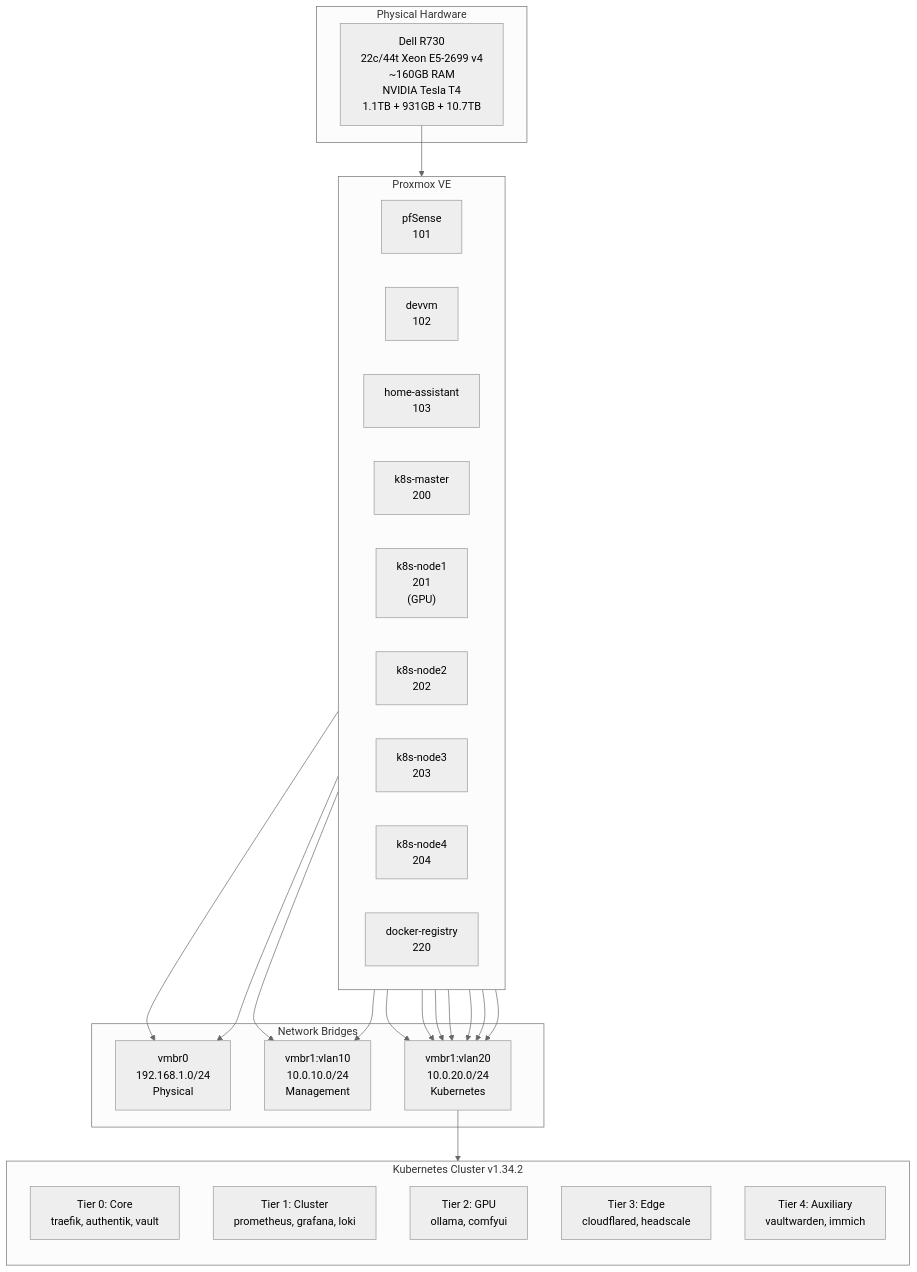
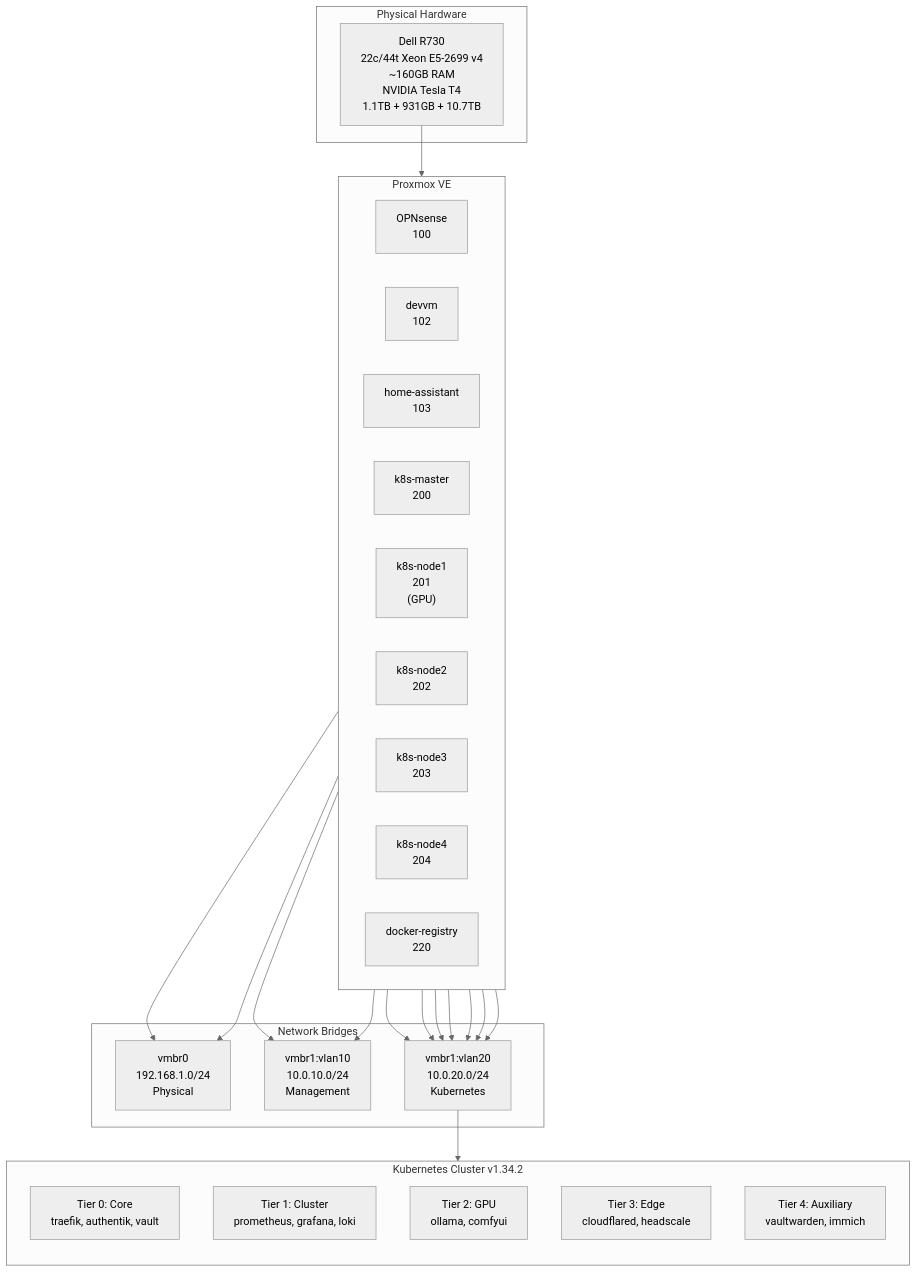
The diagram in docs/architecture/overview.md (ViktorBarzin/infra), drawn with Mermaid (neutral theme) before and after one commit. The commit also changed other lines of this file and 53 other files, not shown here.

````diff
--- a/docs/architecture/overview.md
+++ b/docs/architecture/overview.md
@@ -11,51 +11,51 @@
 ```mermaid
 graph TB
     subgraph Physical["Physical Hardware"]
         R730["Dell R730<br/>22c/44t Xeon E5-2699 v4<br/>~160GB RAM<br/>NVIDIA Tesla T4<br/>1.1TB + 931GB + 10.7TB"]
     end
 
     subgraph Proxmox["Proxmox VE"]
         direction LR
-        PF["pfSense<br/>101"]
+        PF["OPNsense<br/>100"]
         DEV["devvm<br/>102"]
         HA["home-assistant<br/>103"]
         MASTER["k8s-master<br/>200"]
         NODE1["k8s-node1<br/>201<br/>(GPU)"]
         NODE2["k8s-node2<br/>202"]
         NODE3["k8s-node3<br/>203"]
         NODE4["k8s-node4<br/>204"]
         REG["docker-registry<br/>220"]
     end
 
     subgraph Network["Network Bridges"]
         VMBR0["vmbr0<br/>192.168.1.0/24<br/>Physical"]
         VMBR1_10["vmbr1:vlan10<br/>10.0.10.0/24<br/>Management"]
         VMBR1_20["vmbr1:vlan20<br/>10.0.20.0/24<br/>Kubernetes"]
     end
 
     subgraph K8s["Kubernetes Cluster v1.34.2"]
         direction TB
         TIER0["Tier 0: Core<br/>traefik, authentik, vault"]
         TIER1["Tier 1: Cluster<br/>prometheus, grafana, loki"]
         TIER2["Tier 2: GPU<br/>ollama, comfyui"]
         TIER3["Tier 3: Edge<br/>cloudflared, headscale"]
         TIER4["Tier 4: Auxiliary<br/>vaultwarden, immich"]
     end
 
     R730 --> Proxmox
 
     PF --> VMBR0
     PF --> VMBR1_10
     PF --> VMBR1_20
     HA --> VMBR0
     DEV --> VMBR1_10
 
     MASTER --> VMBR1_20
     NODE1 --> VMBR1_20
     NODE2 --> VMBR1_20
     NODE3 --> VMBR1_20
     NODE4 --> VMBR1_20
     REG --> VMBR1_20
 
     VMBR1_20 --> K8s
 ```
````
